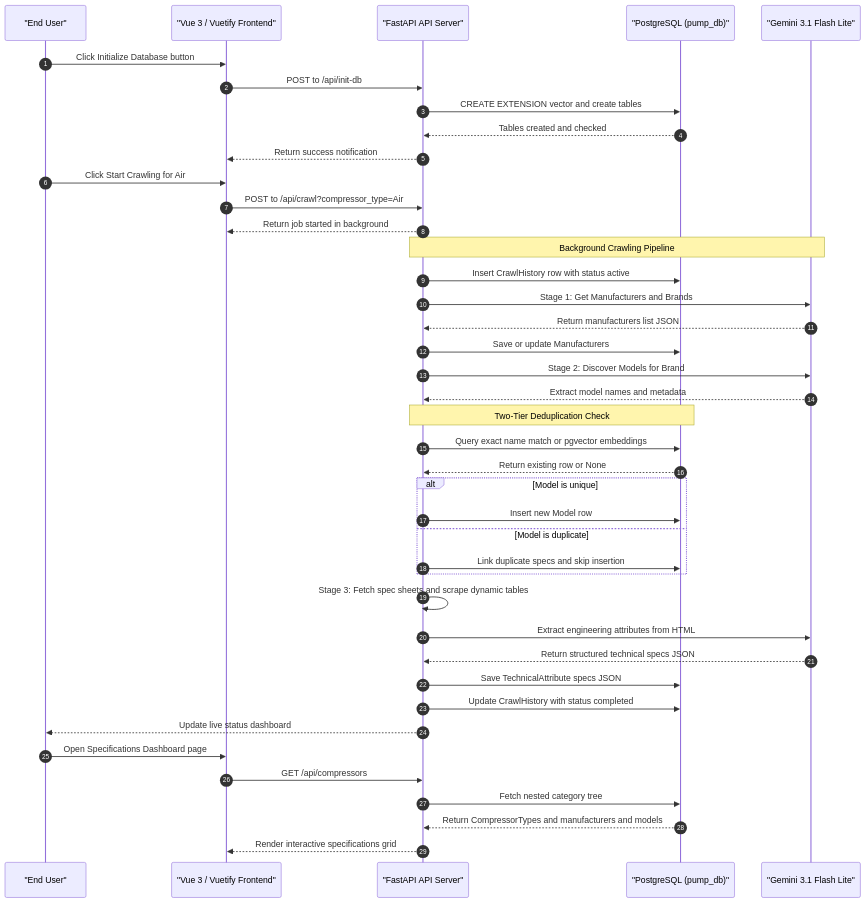
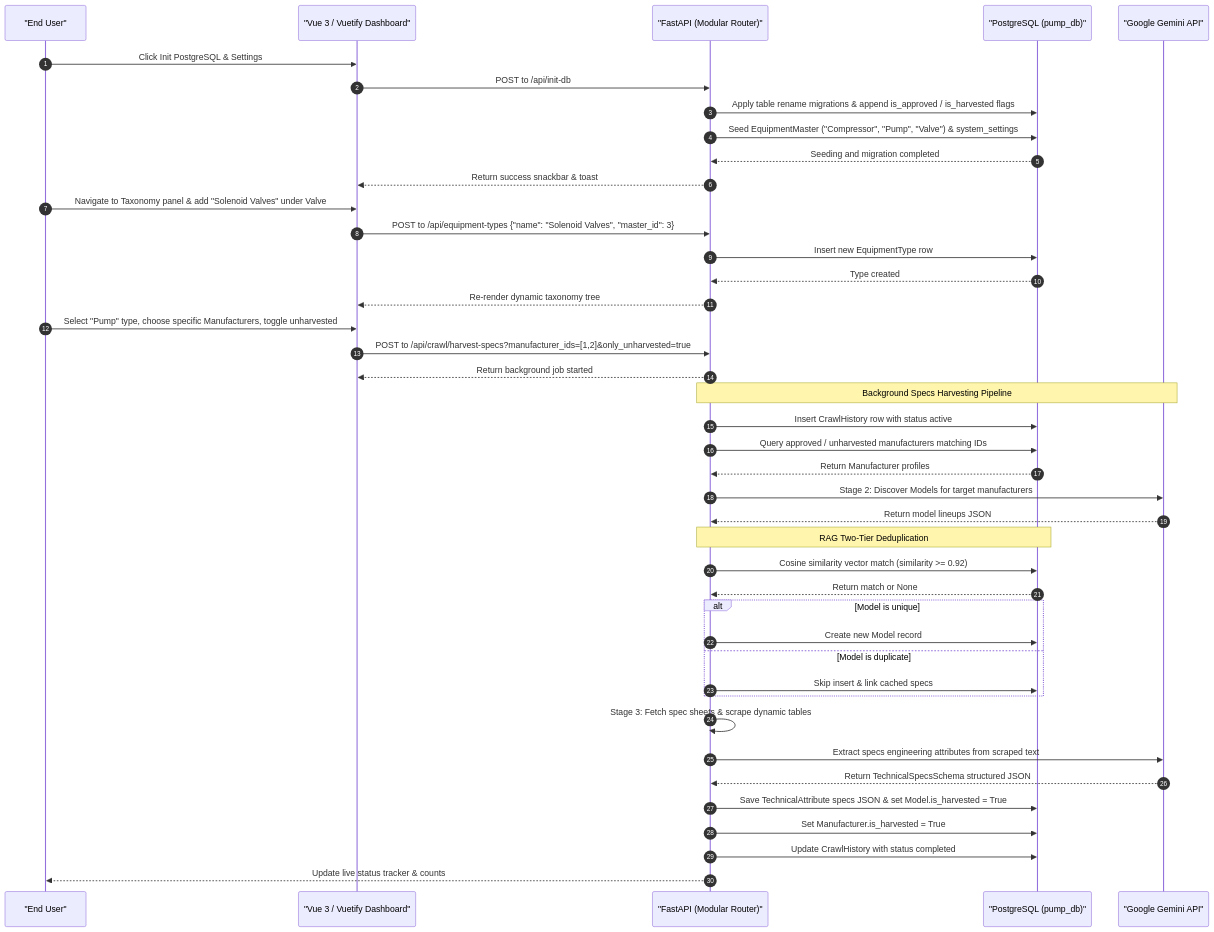
Before and after one commit to Anshdeep/Pump-Crawler: the first of 3 diagrams in Equipment/PROJECT_DOCUMENTATION.md, drawn with Mermaid. The commit also changed other lines of this file and 26 other files, not shown here.

````diff
--- a/Equipment/PROJECT_DOCUMENTATION.md
+++ b/Equipment/PROJECT_DOCUMENTATION.md
@@ -18,52 +19,53 @@
 ```mermaid
 sequenceDiagram
     autonumber
     participant User as "End User"
-    participant FE as "Vue 3 / Vuetify Frontend"
-    participant BE as "FastAPI API Server"
+    participant FE as "Vue 3 / Vuetify Dashboard"
+    participant BE as "FastAPI (Modular Router)"
     participant DB as "PostgreSQL (pump_db)"
-    participant AI as "Gemini 3.1 Flash Lite"
+    participant AI as "Google Gemini API"
 
-    %% Database Init
-    User->>FE: Click Initialize Database button
+    %% Database Init & Migration
+    User->>FE: Click Init PostgreSQL & Settings
     FE->>BE: POST to /api/init-db
-    BE->>DB: CREATE EXTENSION vector and create tables
-    DB-->>BE: Tables created and checked
-    BE-->>FE: Return success notification
+    BE->>DB: Apply table rename migrations & append is_approved / is_harvested flags
+    BE->>DB: Seed EquipmentMaster ("Compressor", "Pump", "Valve") & system_settings
+    DB-->>BE: Seeding and migration completed
+    BE-->>FE: Return success snackbar & toast
 
-    %% Crawler Run
-    User->>FE: Click Start Crawling for Air
-    FE->>BE: POST to /api/crawl?compressor_type=Air
-    BE-->>FE: Return job started in background
+    %% Taxonomy CRUD
+    User->>FE: Navigate to Taxonomy panel & add "Solenoid Valves" under Valve
+    FE->>BE: POST to /api/equipment-types {"name": "Solenoid Valves", "master_id": 3}
+    BE->>DB: Insert new EquipmentType row
+    DB-->>BE: Type created
+    BE-->>FE: Re-render dynamic taxonomy tree
+
+    %% Selective Specs Harvesting
+    User->>FE: Select "Pump" type, choose specific Manufacturers, toggle unharvested
+    FE->>BE: POST to /api/crawl/harvest-specs?manufacturer_ids=[1,2]&only_unharvested=true
+    BE-->>FE: Return background job started
     
-    Note over BE, AI: Background Crawling Pipeline
+    Note over BE, AI: Background Specs Harvesting Pipeline
     BE->>DB: Insert CrawlHistory row with status active
-    BE->>AI: Stage 1: Get Manufacturers and Brands
-    AI-->>BE: Return manufacturers list JSON
-    BE->>DB: Save or update Manufacturers
-    BE->>AI: Stage 2: Discover Models for Brand
-    AI-->>BE: Extract model names and metadata
-    Note over BE, DB: Two-Tier Deduplication Check
-    BE->>DB: Query exact name match or pgvector embeddings
-    DB-->>BE: Return existing row or None
+    BE->>DB: Query approved / unharvested manufacturers matching IDs
+    DB-->>BE: Return Manufacturer profiles
+    BE->>AI: Stage 2: Discover Models for target manufacturers
+    AI-->>BE: Return model lineups JSON
     
+    Note over BE, DB: RAG Two-Tier Deduplication
+    BE->>DB: Cosine similarity vector match (similarity >= 0.92)
+    DB-->>BE: Return match or None
     alt Model is unique
-        BE->>DB: Insert new Model row
+        BE->>DB: Create new Model record
     else Model is duplicate
-        BE->>DB: Link duplicate specs and skip insertion
+        BE->>DB: Skip insert & link cached specs
     end
-    
-    BE->>BE: Stage 3: Fetch spec sheets and scrape dynamic tables
-    BE->>AI: Extract engineering attributes from HTML
-    AI-->>BE: Return structured technical specs JSON
-    BE->>DB: Save TechnicalAttribute specs JSON
+
+    BE->>BE: Stage 3: Fetch spec sheets & scrape dynamic tables
+    BE->>AI: Extract specs engineering attributes from scraped text
+    AI-->>BE: Return TechnicalSpecsSchema structured JSON
+    BE->>DB: Save TechnicalAttribute specs JSON & set Model.is_harvested = True
+    BE->>DB: Set Manufacturer.is_harvested = True
     BE->>DB: Update CrawlHistory with status completed
-    BE-->>User: Update live status dashboard
-
-    %% Fetch Catalog
-    User->>FE: Open Specifications Dashboard page
-    FE->>BE: GET /api/compressors
-    BE->>DB: Fetch nested category tree
-    DB-->>BE: Return CompressorTypes and manufacturers and models
-    BE-->>FE: Render interactive specifications grid
+    BE-->>User: Update live status tracker & counts
 ```
````
